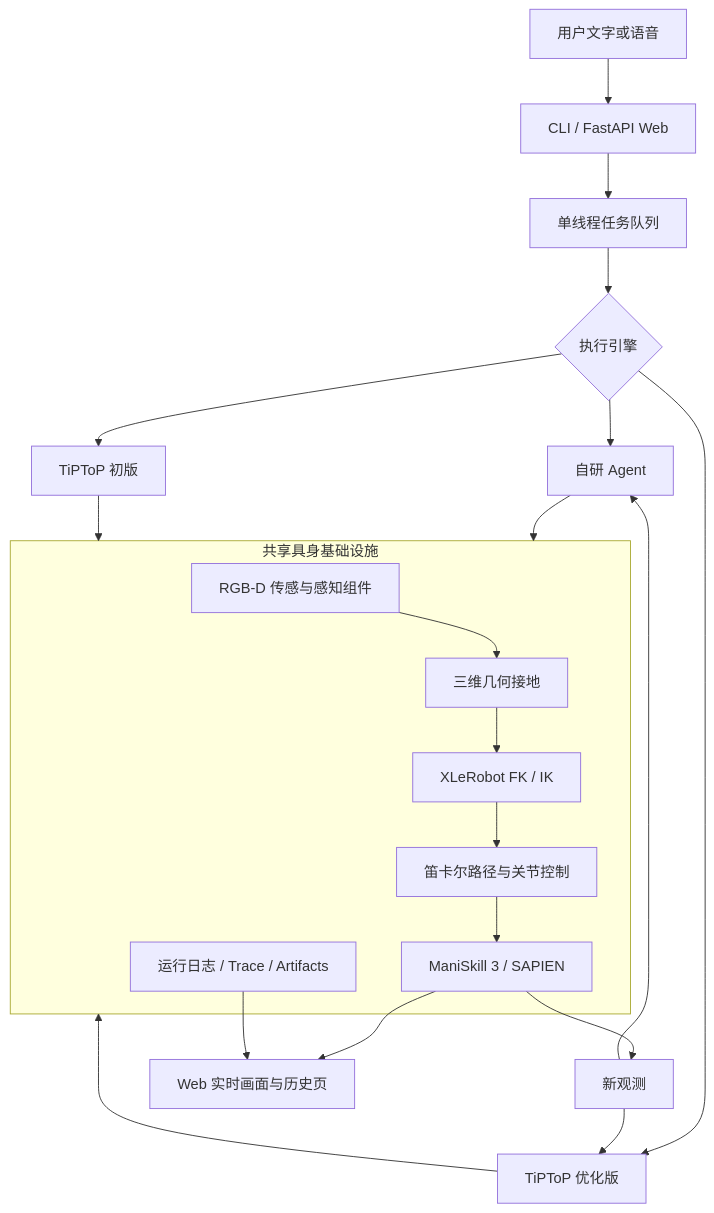
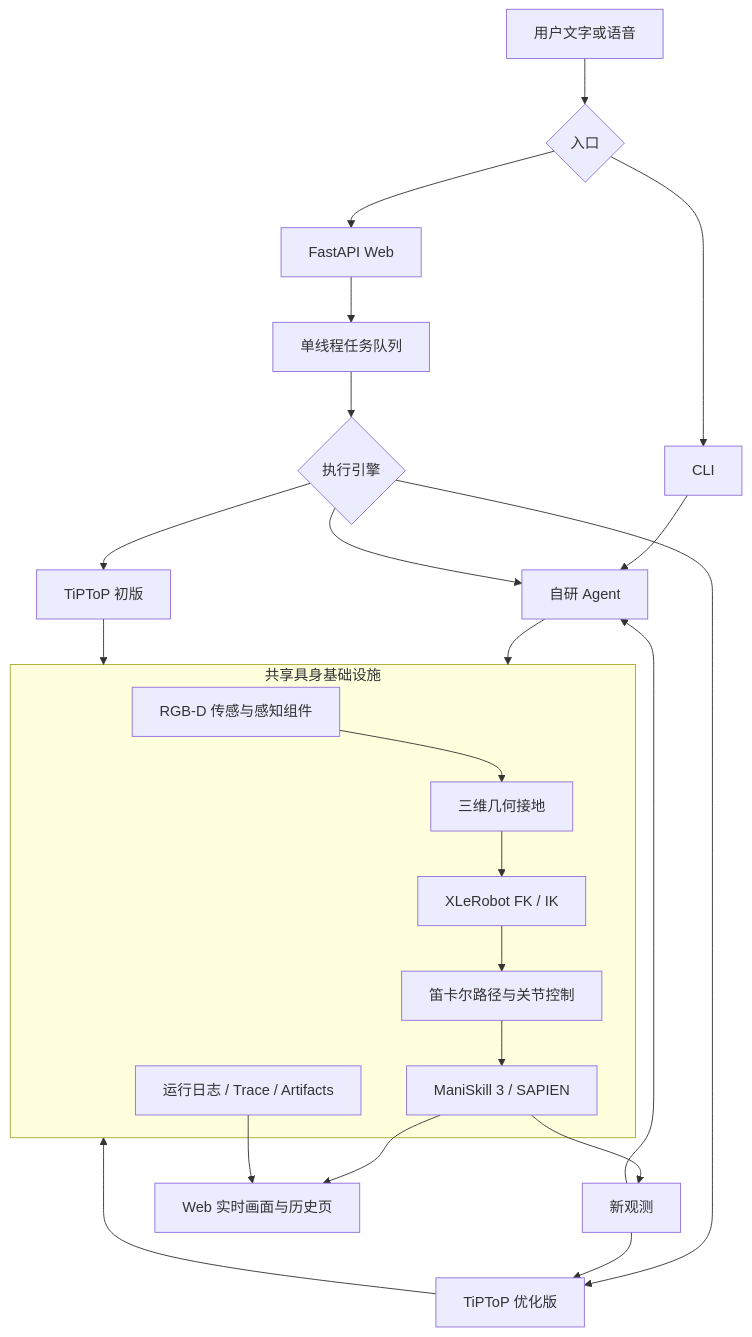
One commit to hechutogo/-agent changed the first of 5 diagrams in docs/具身Agent设计文档.md. Above: the diagram before and after it, drawn with Mermaid. The commit also changed other lines of this file, not shown here.

Commit message:
docs: add embodied agent architecture guide

````diff
--- a/docs/具身Agent设计文档.md
+++ b/docs/具身Agent设计文档.md
@@ -211,30 +226,33 @@
 ```mermaid
 flowchart TB
-    U[用户文字或语音] --> API[CLI / FastAPI Web]
+    U[用户文字或语音] --> ENTRY{入口}
+    ENTRY --> CLI[CLI]
+    ENTRY --> API[FastAPI Web]
+    CLI --> A[自研 Agent]
     API --> Q[单线程任务队列]
     Q --> SELECT{执行引擎}
 
     SELECT --> A[自研 Agent]
     SELECT --> T0[TiPToP 初版]
     SELECT --> T1[TiPToP 优化版]
 
     A --> COMMON
     T0 --> COMMON
     T1 --> COMMON
 
     subgraph COMMON[共享具身基础设施]
         P[RGB-D 传感与感知组件]
         G[三维几何接地]
         K[XLeRobot FK / IK]
         M[笛卡尔路径与关节控制]
         S[ManiSkill 3 / SAPIEN]
         R[运行日志 / Trace / Artifacts]
         P --> G --> K --> M --> S
     end
 
     S --> OBS[新观测]
     OBS --> A
     OBS --> T1
     S --> VIEW[Web 实时画面与历史页]
     R --> VIEW
 ```
````
